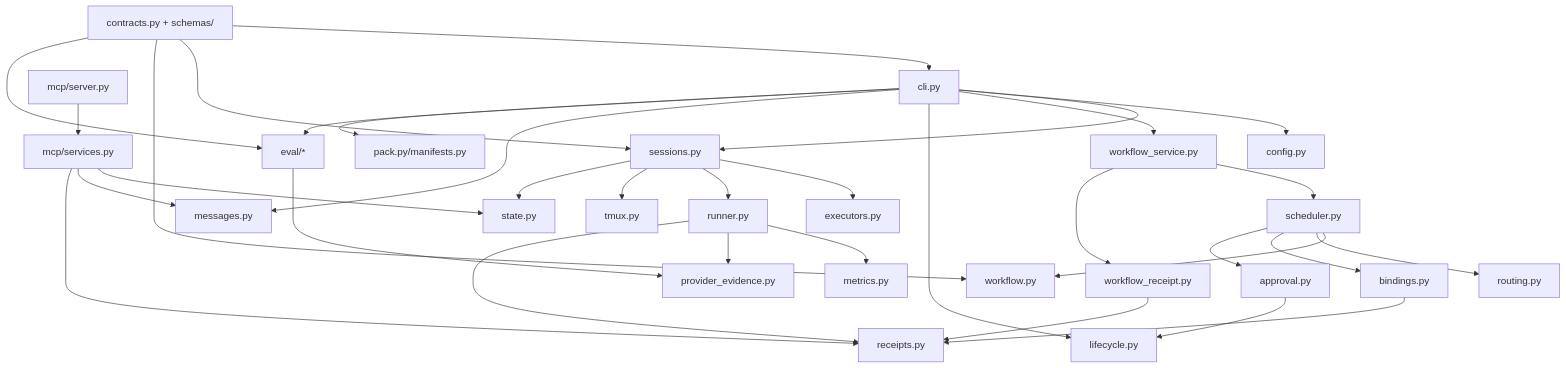
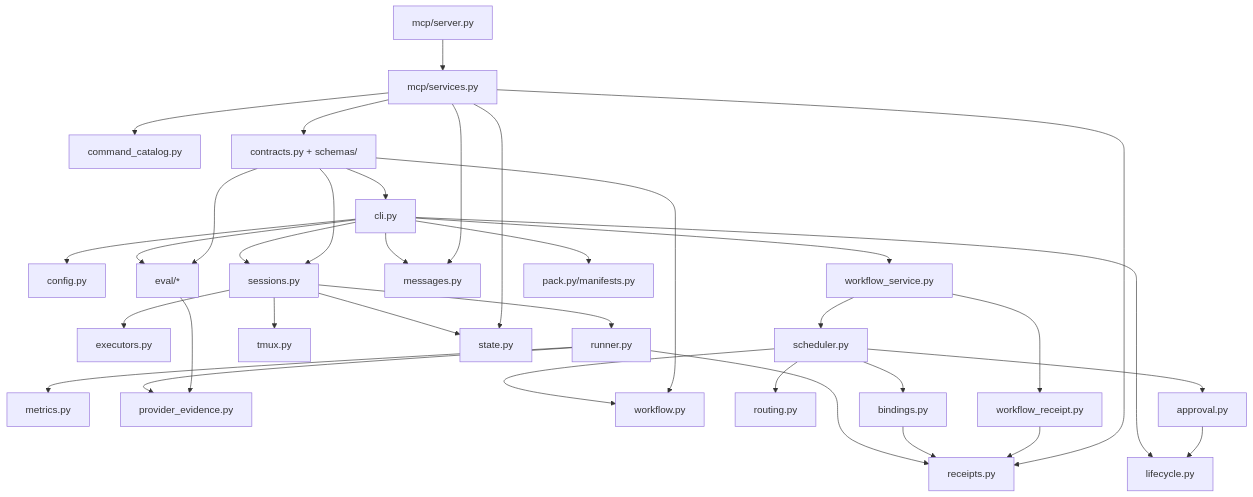
The second of 28 diagrams in docs/diagrams/REPOSITORY_CHART_PACK.md (ngallodev-software/agent-workflow), drawn with Mermaid before and after one commit. The commit also changed other lines of this file and 22 other files, not shown here.

Commit message:
Add MCP command context resources

````diff
--- a/docs/diagrams/REPOSITORY_CHART_PACK.md
+++ b/docs/diagrams/REPOSITORY_CHART_PACK.md
@@ -31,35 +31,37 @@
 ```mermaid
 flowchart TB
   cli[cli.py] --> config[config.py]
   cli --> sessions[sessions.py]
   cli --> workflow_service[workflow_service.py]
   cli --> lifecycle[lifecycle.py]
   cli --> messages[messages.py]
   cli --> evalpkg[eval/*]
   cli --> pack[pack.py/manifests.py]
   sessions --> executors[executors.py]
   sessions --> runner[runner.py]
   sessions --> tmux[tmux.py]
   sessions --> state[state.py]
   runner --> metrics[metrics.py]
   runner --> provider[provider_evidence.py]
   runner --> receipts[receipts.py]
   workflow_service --> scheduler[scheduler.py]
   scheduler --> workflow[workflow.py]
   scheduler --> routing[routing.py]
   scheduler --> bindings[bindings.py]
   scheduler --> approval[approval.py]
   workflow_service --> wf_receipt[workflow_receipt.py]
   approval --> lifecycle
   bindings --> receipts
   wf_receipt --> receipts
   evalpkg --> provider
   mcp[mcp/server.py] --> mcp_services[mcp/services.py]
   mcp_services --> state
   mcp_services --> messages
   mcp_services --> receipts
+  mcp_services --> command_catalog[command_catalog.py]
+  mcp_services --> contracts
   contracts[contracts.py + schemas/] --> cli
   contracts --> sessions
   contracts --> workflow
   contracts --> evalpkg
 ```
````
